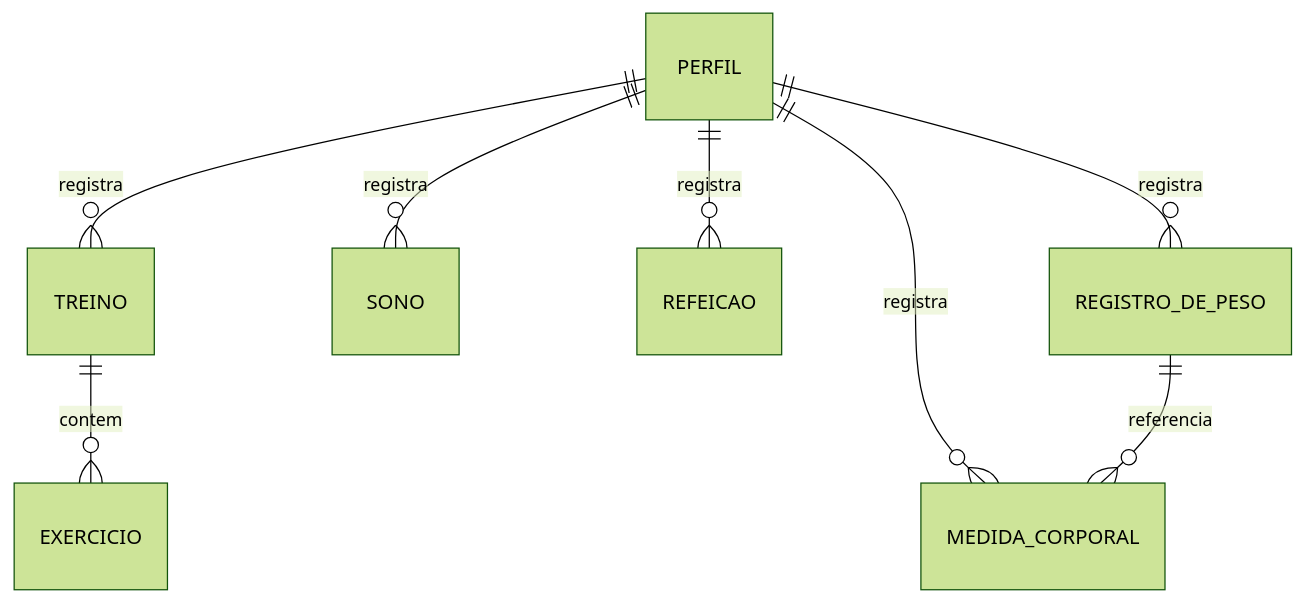
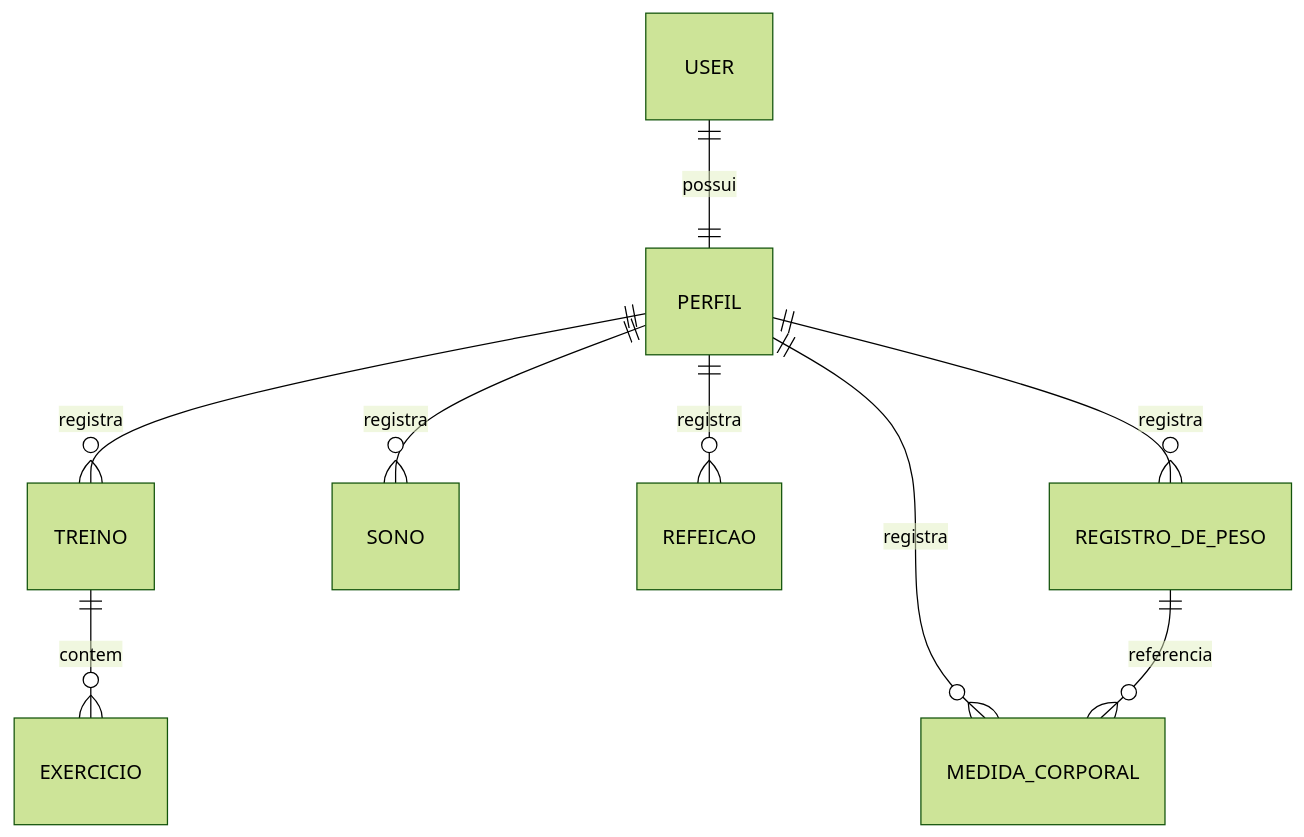
The diagram in docs/domain-model.md (licciardicarol/Pulse-Projeto), drawn with Mermaid (forest theme) before and after one commit. The commit also changed other lines of this file and 2 other files, not shown here.

Commit message:
Finaliza as tasks do perfil

````diff
--- a/docs/domain-model.md
+++ b/docs/domain-model.md
@@ -190,10 +219,11 @@
 ```mermaid
 erDiagram
+    USER ||--|| PERFIL : possui
     PERFIL ||--o{ TREINO : registra
     TREINO ||--o{ EXERCICIO : contem
     PERFIL ||--o{ SONO : registra
     PERFIL ||--o{ REFEICAO : registra
     PERFIL ||--o{ REGISTRO_DE_PESO : registra
     PERFIL ||--o{ MEDIDA_CORPORAL : registra
     REGISTRO_DE_PESO ||--o{ MEDIDA_CORPORAL : referencia
 ```
````
